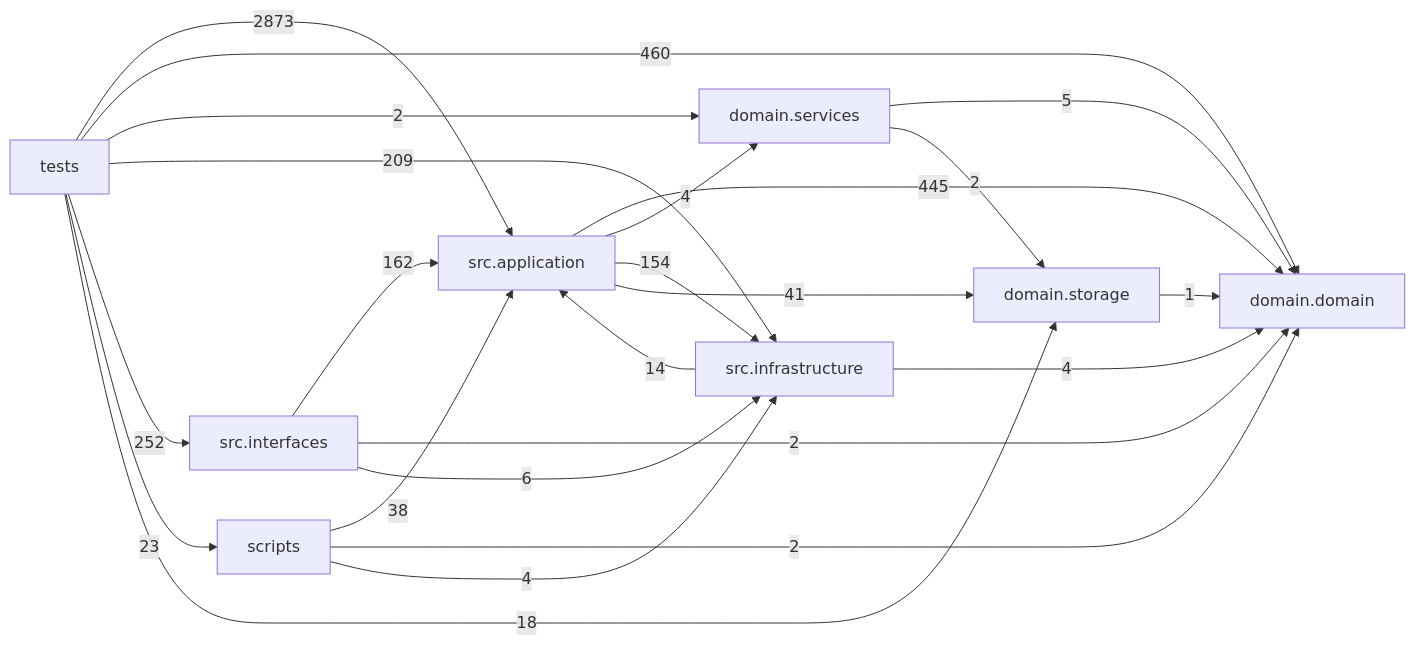
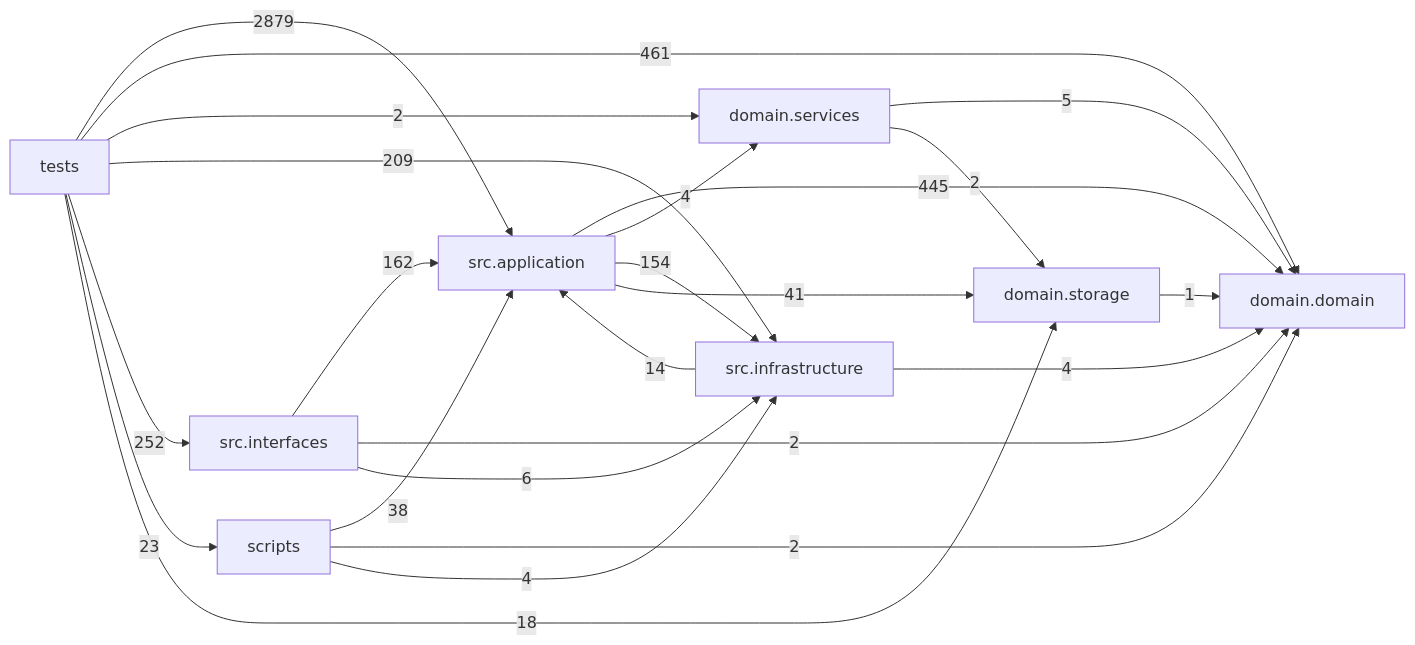
One commit to liuxie066/options-monitor changed the diagram in docs/DEPENDENCY_GRAPH.md. Above: the diagram before and after it, drawn with Mermaid. The commit also changed other lines of this file and 7 other files, not shown here.

````diff
--- a/docs/DEPENDENCY_GRAPH.md
+++ b/docs/DEPENDENCY_GRAPH.md
@@ -24,33 +24,33 @@
 ```mermaid
 flowchart LR
   tests["tests"]
   scripts["scripts"]
   interfaces["src.interfaces"]
   application["src.application"]
   infrastructure["src.infrastructure"]
   domain_services["domain.services"]
   domain["domain.domain"]
   storage["domain.storage"]
   application -->|445| domain
   application -->|4| domain_services
   application -->|154| infrastructure
   application -->|41| storage
   domain_services -->|5| domain
   domain_services -->|2| storage
   infrastructure -->|14| application
   infrastructure -->|4| domain
   interfaces -->|162| application
   interfaces -->|2| domain
   interfaces -->|6| infrastructure
   scripts -->|38| application
   scripts -->|2| domain
   scripts -->|4| infrastructure
   storage -->|1| domain
-  tests -->|2873| application
-  tests -->|460| domain
+  tests -->|2879| application
+  tests -->|461| domain
   tests -->|2| domain_services
   tests -->|209| infrastructure
   tests -->|252| interfaces
   tests -->|23| scripts
   tests -->|18| storage
 ```
````
